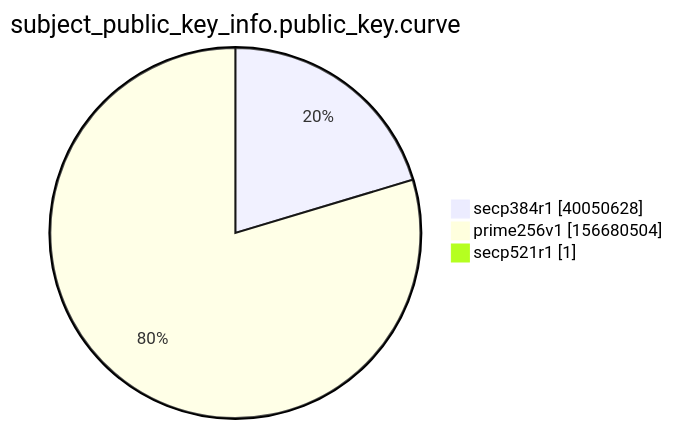
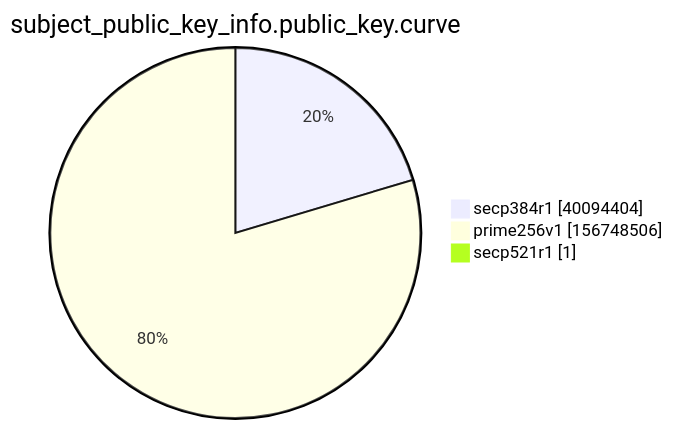
The ninth of 15 diagrams in xenon2022/README.md (christiankrug/ctmonitor_visualization), drawn with Mermaid before and after one commit. The commit also changed other lines of this file, not shown here.

````diff
--- a/xenon2022/README.md
+++ b/xenon2022/README.md
@@ -2866,7 +2866,7 @@
 ```mermaid
 pie showData
 title subject_public_key_info.public_key.curve
-"secp384r1" :40050628
-"prime256v1" :156680504
+"secp384r1" :40094404
+"prime256v1" :156748506
 "secp521r1" :1
 ```
````
